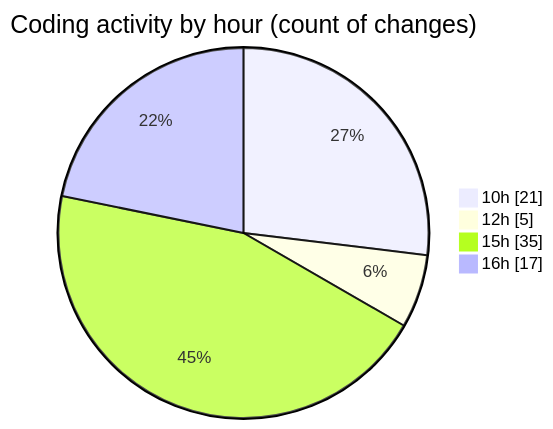
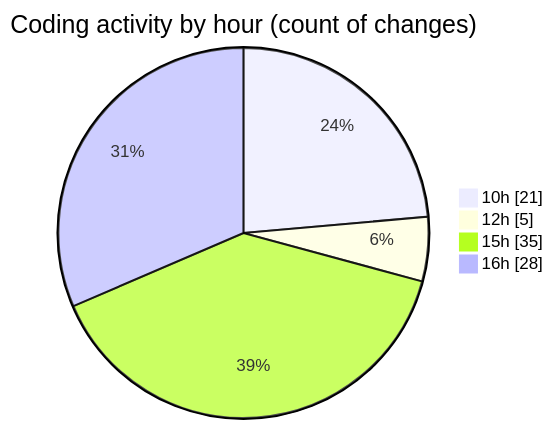
The second of 2 diagrams in 2025-08-27/cda/README.md (momahboobian/code-tracking), drawn with Mermaid before and after one commit. The commit also changed other lines of this file and 1 other file, not shown here.

````diff
--- a/2025-08-27/cda/README.md
+++ b/2025-08-27/cda/README.md
@@ -39,8 +39,8 @@
 ```mermaid
 pie showData
 title Coding activity by hour (count of changes)
 "10h" : 21
 "12h" : 5
 "15h" : 35
-"16h" : 17
+"16h" : 28
 ```
````
